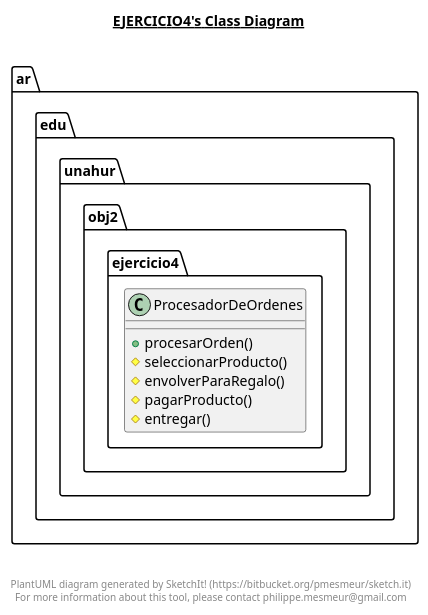
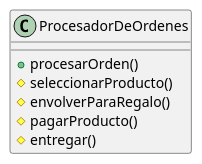
Before and after one commit to obj2-unahur/guia-ejercicios-patrones: the diagram in src/guia/java/ar/edu/unahur/obj2/ejercicio4/ejercicio4.plantuml, drawn with PlantUML. The commit also changed 5 other files, not shown here.

Commit message:
ajustes uml

```diff
--- a/src/guia/java/ar/edu/unahur/obj2/ejercicio4/ejercicio4.plantuml
+++ b/src/guia/java/ar/edu/unahur/obj2/ejercicio4/ejercicio4.plantuml
@@ -1,27 +1,11 @@
 @startuml
 
-title __EJERCICIO4's Class Diagram__\n
-
-  package ar.edu.unahur.obj2 {
-    package ar.edu.unahur.obj2.ejercicio4 {
-      class ProcesadorDeOrdenes {
-          + procesarOrden()
-          # seleccionarProducto()
-          # envolverParaRegalo()
-          # pagarProducto()
-          # entregar()
-      }
-    }
-  }
-  
-
-
-
-right footer
-
-
-PlantUML diagram generated by SketchIt! (https://bitbucket.org/pmesmeur/sketch.it)
-For more information about this tool, please contact philippe.mesmeur@gmail.com
-endfooter
+class ProcesadorDeOrdenes {
+  + procesarOrden()
+  # seleccionarProducto()
+  # envolverParaRegalo()
+  # pagarProducto()
+  # entregar()
+}
 
 @enduml
```
